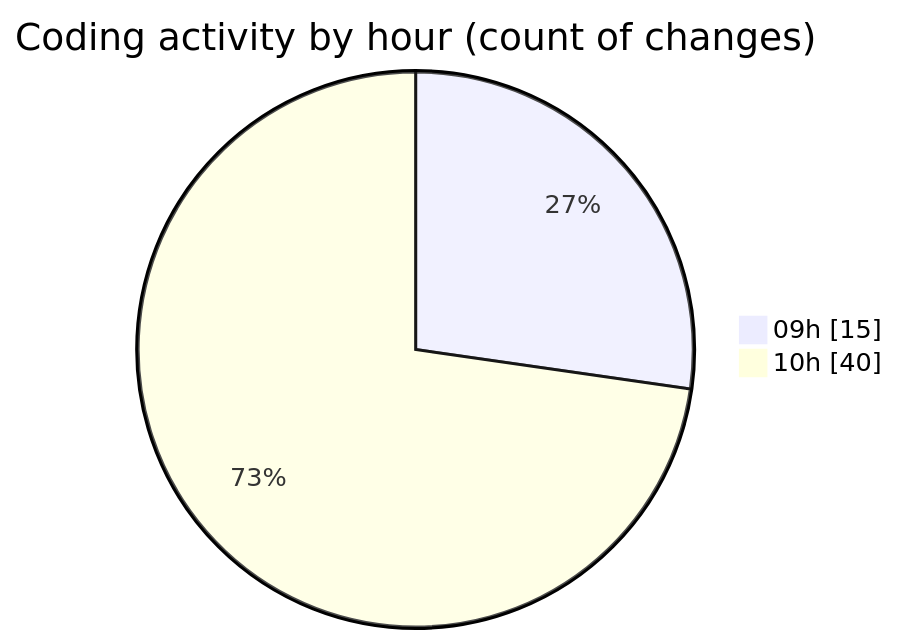
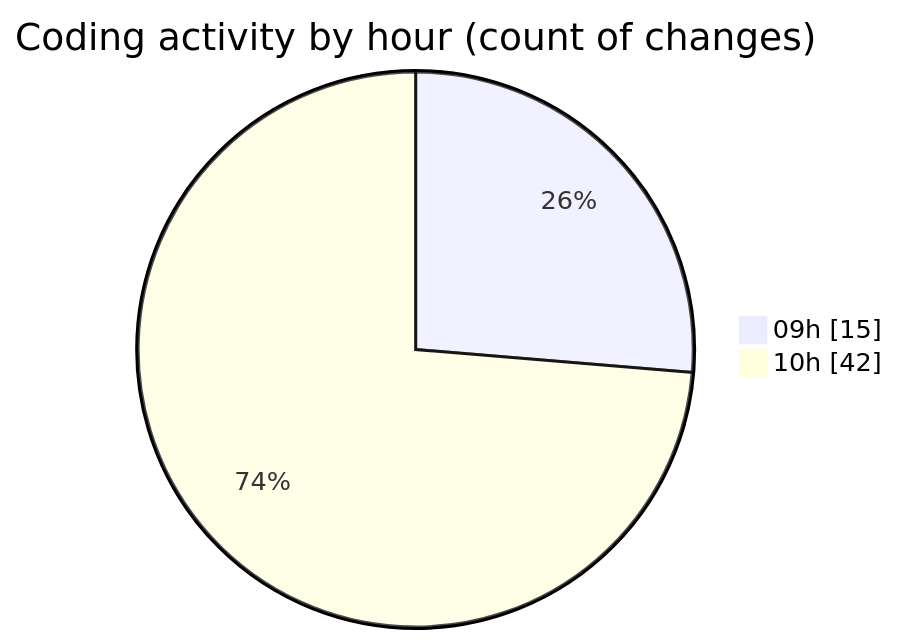
The second of 2 diagrams in 2025-09-30/cda/README.md (momahboobian/code-tracking), drawn with Mermaid before and after one commit. The commit also changed other lines of this file and 1 other file, not shown here.

````diff
--- a/2025-09-30/cda/README.md
+++ b/2025-09-30/cda/README.md
@@ -29,6 +29,6 @@
 ```mermaid
 pie showData
 title Coding activity by hour (count of changes)
 "09h" : 15
-"10h" : 40
+"10h" : 42
 ```
````
